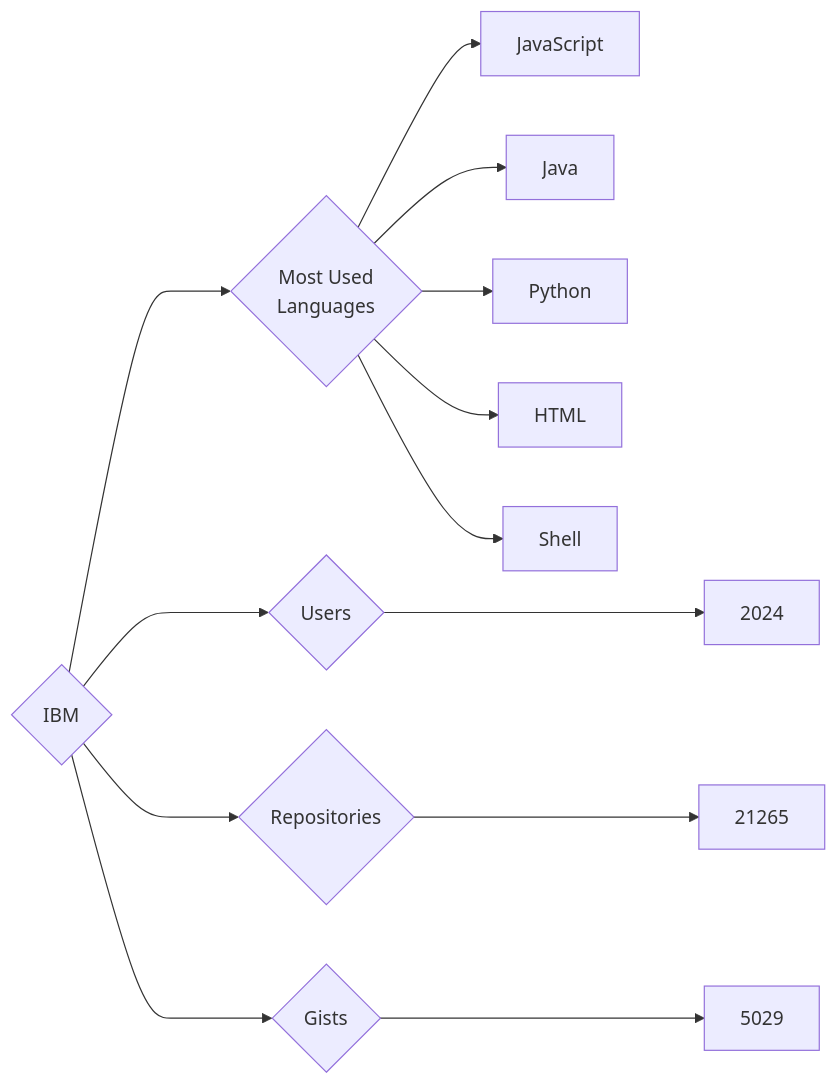
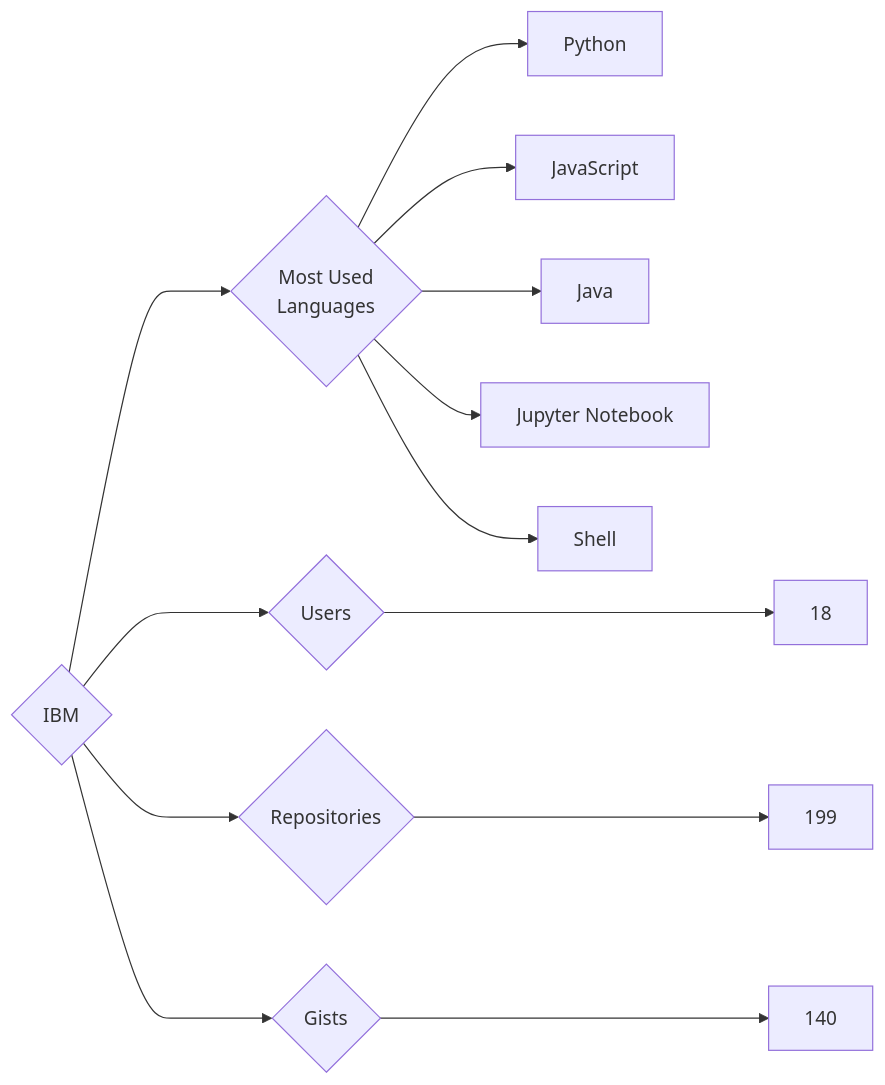
Before and after one commit to trickest/insiders: the diagram in targets/IBM/README.md, drawn with Mermaid. The commit also changed 924 other files, not shown here.

````diff
--- a/targets/IBM/README.md
+++ b/targets/IBM/README.md
@@ -3,13 +3,13 @@
 ```mermaid
 graph LR
 COMPANY_NAME{IBM}
-COMPANY_NAME ---> U{Users} ---> UN[2024]
-COMPANY_NAME ---> R{Repositories} ---> RN[21265]
-COMPANY_NAME ---> G{Gists} ---> GN[5029]
+COMPANY_NAME ---> U{Users} ---> UN[18]
+COMPANY_NAME ---> R{Repositories} ---> RN[199]
+COMPANY_NAME ---> G{Gists} ---> GN[140]
 COMPANY_NAME ---> ML{Most Used<br>Languages}
+ML --> Python[Python]
 ML --> JavaScript[JavaScript]
 ML --> Java[Java]
-ML --> Python[Python]
-ML --> HTML[HTML]
+ML --> Jupyter_Notebook[Jupyter Notebook]
 ML --> Shell[Shell]
 ```
````
